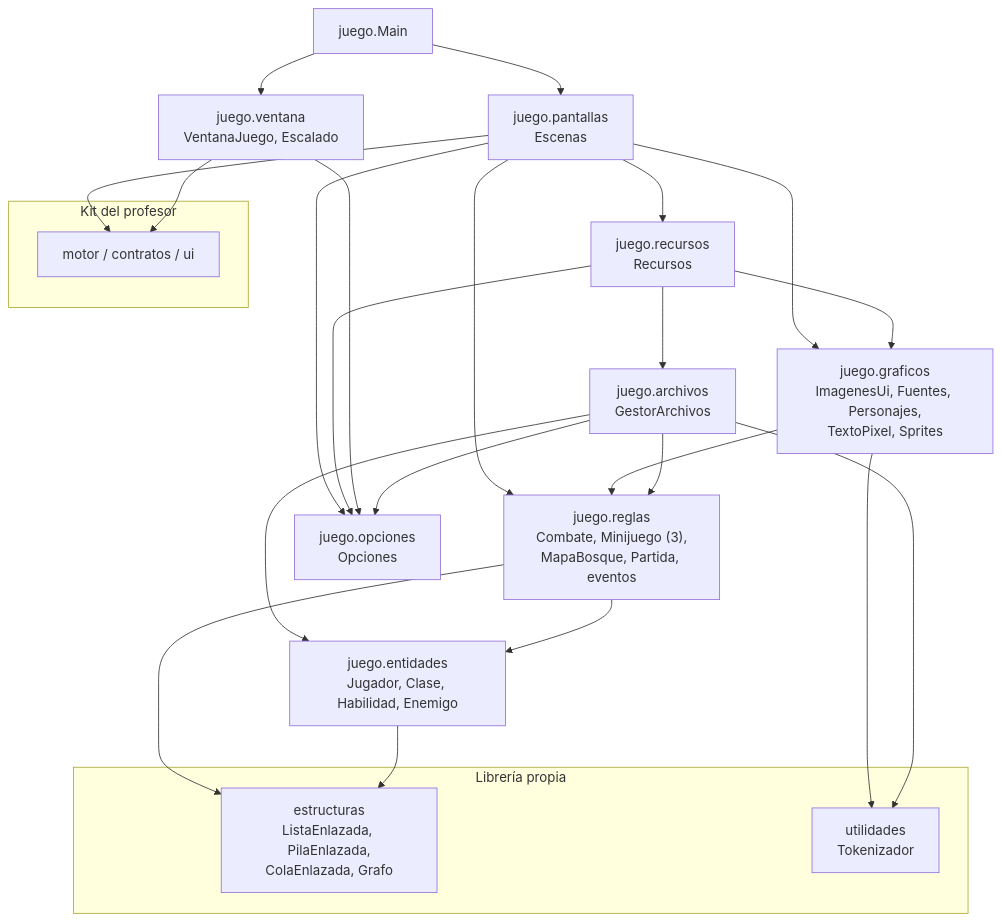
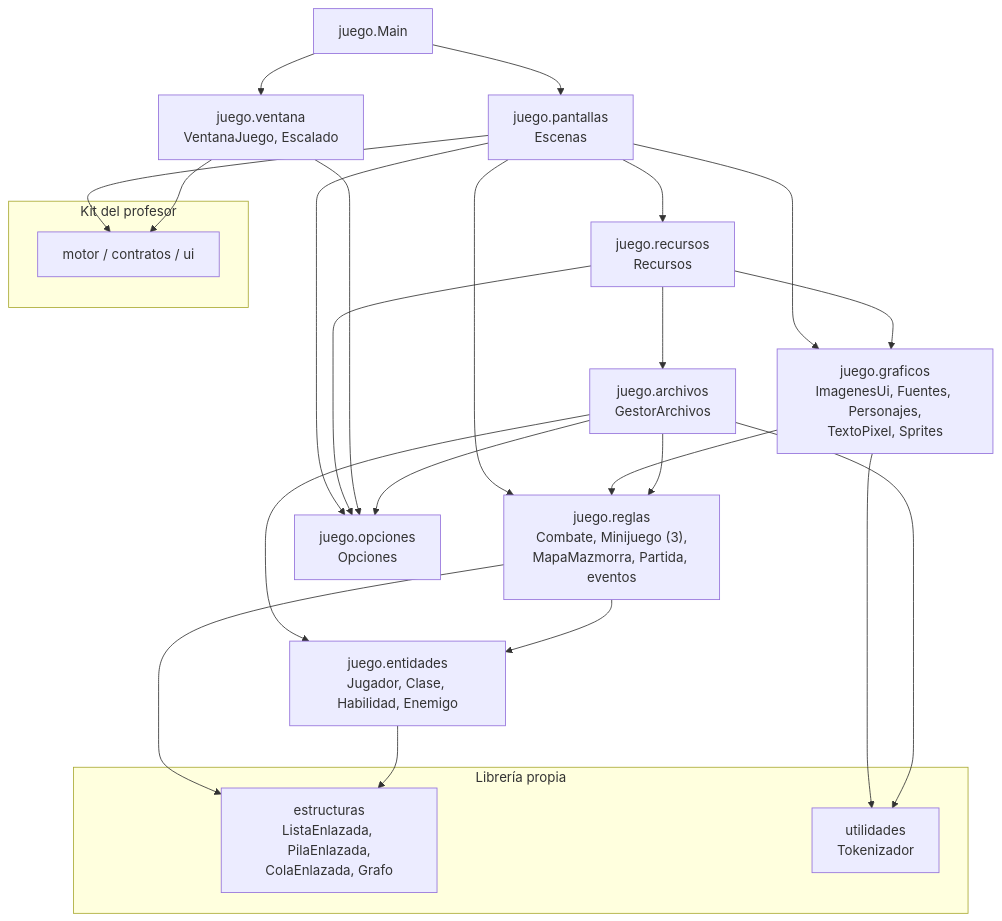
The first of 2 diagrams in docs/03-diseno-y-diagrama-de-clases.md (WillDM22/elsenderooscuro), drawn with Mermaid before and after one commit. The commit also changed other lines of this file and 39 other files, not shown here.

Commit message:
Ejecutable, mazmorra y mapa ampliado

````diff
--- a/docs/03-diseno-y-diagrama-de-clases.md
+++ b/docs/03-diseno-y-diagrama-de-clases.md
@@ -11,41 +11,41 @@
 ```mermaid
 flowchart TD
     subgraph kit["Kit del profesor"]
         motor["motor / contratos / ui"]
     end
     subgraph lib["Librería propia"]
         estructuras["estructuras<br/>ListaEnlazada, PilaEnlazada,<br/>ColaEnlazada, Grafo"]
         utilidades["utilidades<br/>Tokenizador"]
     end
     entidades["juego.entidades<br/>Jugador, Clase, Habilidad, Enemigo"]
-    reglas["juego.reglas<br/>Combate, Minijuego (3),<br/>MapaBosque, Partida, eventos"]
+    reglas["juego.reglas<br/>Combate, Minijuego (3),<br/>MapaMazmorra, Partida, eventos"]
     opciones["juego.opciones<br/>Opciones"]
     ventana["juego.ventana<br/>VentanaJuego, Escalado"]
     archivos["juego.archivos<br/>GestorArchivos"]
     graficos["juego.graficos<br/>ImagenesUi, Fuentes, Personajes,<br/>TextoPixel, Sprites"]
     recursos["juego.recursos<br/>Recursos"]
     pantallas["juego.pantallas<br/>Escenas"]
     main["juego.Main"]
 
     entidades --> estructuras
     reglas --> entidades
     reglas --> estructuras
     archivos --> reglas
     archivos --> entidades
     archivos --> utilidades
     archivos --> opciones
     ventana --> opciones
     ventana --> motor
     recursos --> opciones
     pantallas --> opciones
     graficos --> reglas
     graficos --> utilidades
     recursos --> archivos
     recursos --> graficos
     pantallas --> recursos
     pantallas --> reglas
     pantallas --> graficos
     pantallas --> motor
     main --> pantallas
     main --> ventana
 ```
````
